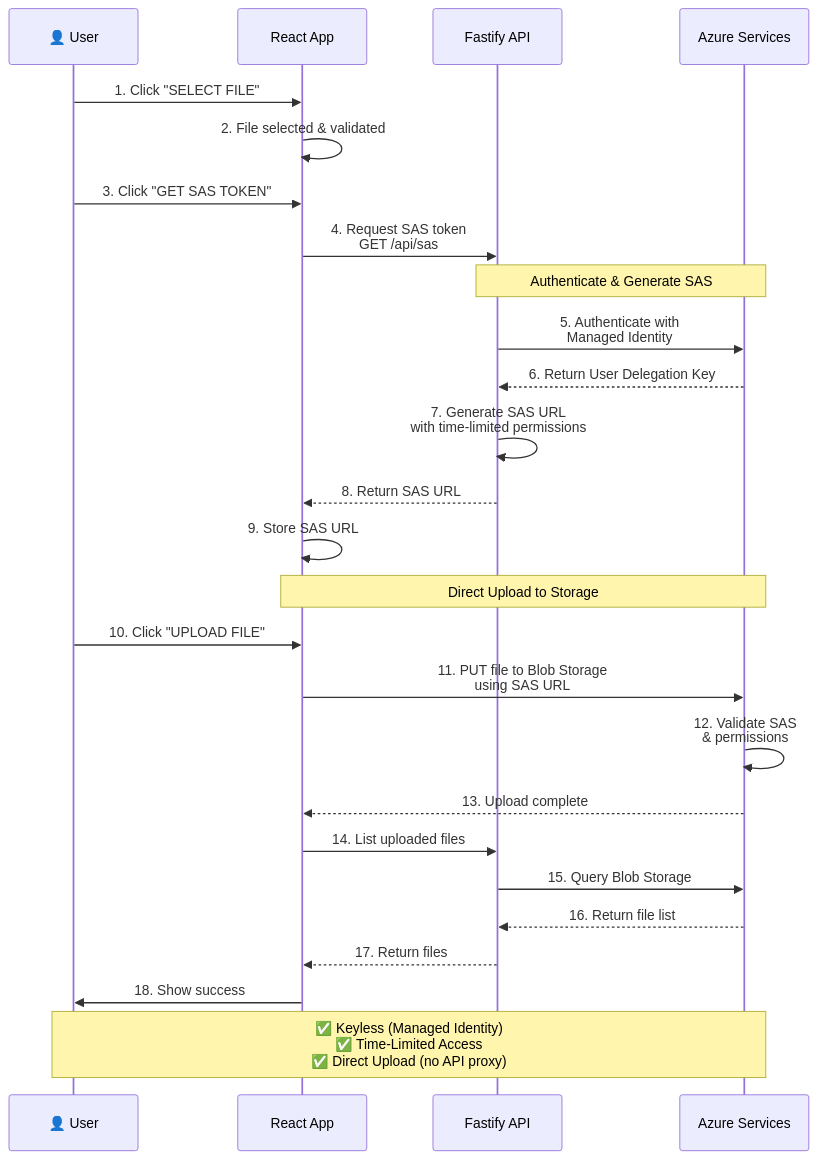
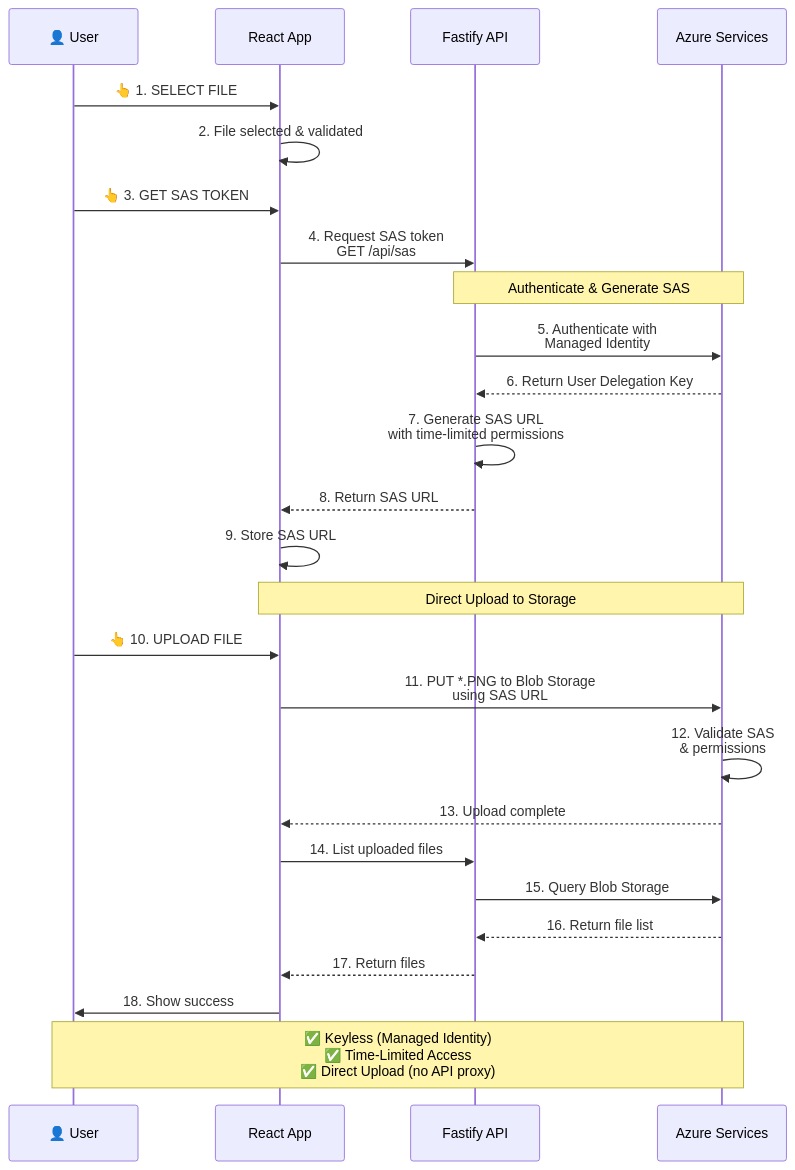
One commit to Azure-Samples/azure-typescript-upload-file-storage-blob changed the diagram in docs/mermaid/sas-token-flow-simplified.mermaid. Above: the diagram before and after it, drawn with Mermaid. The commit also changed 11 other files, not shown here.

```diff
--- a/docs/mermaid/sas-token-flow-simplified.mermaid
+++ b/docs/mermaid/sas-token-flow-simplified.mermaid
@@ -1,41 +1,41 @@
 %% Simplified SAS Token Flow
 %% High-level overview of User Delegation SAS pattern
 
 sequenceDiagram
     participant User as 👤 User
     participant Frontend as React App
     participant API as Fastify API
     participant Azure as Azure Services
     
     %% Select File
-    User->>Frontend: 1. Click "SELECT FILE"
+    User->>Frontend: 👆 1. SELECT FILE
     Frontend->>Frontend: 2. File selected & validated
     
     %% Request SAS Token
-    User->>Frontend: 3. Click "GET SAS TOKEN"
+    User->>Frontend: 👆 3. GET SAS TOKEN
     Frontend->>API: 4. Request SAS token<br/>GET /api/sas
     
     %% Generate SAS Token
     Note over API,Azure: Authenticate & Generate SAS
     API->>Azure: 5. Authenticate with<br/>Managed Identity
     Azure-->>API: 6. Return User Delegation Key
     API->>API: 7. Generate SAS URL<br/>with time-limited permissions
     API-->>Frontend: 8. Return SAS URL
     Frontend->>Frontend: 9. Store SAS URL
     
     %% Upload File
     Note over Frontend,Azure: Direct Upload to Storage
-    User->>Frontend: 10. Click "UPLOAD FILE"
-    Frontend->>Azure: 11. PUT file to Blob Storage<br/>using SAS URL
+    User->>Frontend: 👆 10. UPLOAD FILE
+    Frontend->>Azure: 11. PUT *.PNG to Blob Storage<br/>using SAS URL
     Azure->>Azure: 12. Validate SAS<br/>& permissions
     Azure-->>Frontend: 13. Upload complete
     
     %% Confirm Success
     Frontend->>API: 14. List uploaded files
     API->>Azure: 15. Query Blob Storage
     Azure-->>API: 16. Return file list
     API-->>Frontend: 17. Return files
     Frontend->>User: 18. Show success
     
     %% Key Benefits
     Note over User,Azure: ✅ Keyless (Managed Identity)<br/>✅ Time-Limited Access<br/>✅ Direct Upload (no API proxy)
```
